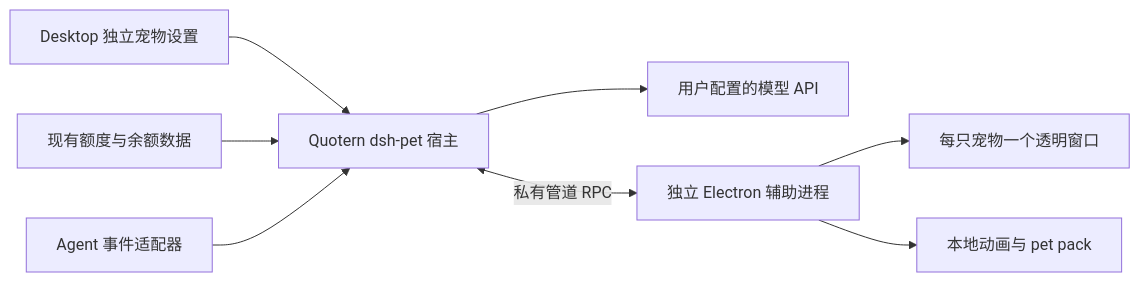
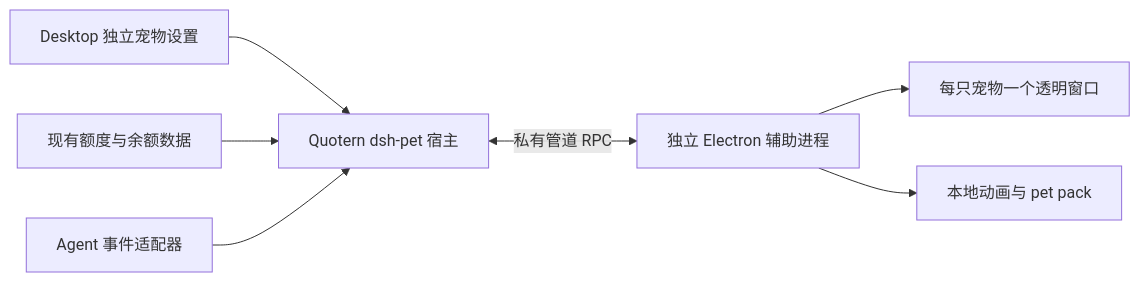
Before and after one commit to yuhengqin/Quotern: the diagram in docs/superpowers/specs/2026-10-19-dsh-pet-desktop-design.md, drawn with Mermaid. The commit also changed other lines of this file and 41 other files, not shown here.

````diff
--- a/docs/superpowers/specs/2026-10-19-dsh-pet-desktop-design.md
+++ b/docs/superpowers/specs/2026-10-19-dsh-pet-desktop-design.md
@@ -28,10 +30,9 @@
 ```mermaid
 flowchart LR
   Settings[Desktop 独立宠物设置] --> Host[Quotern dsh-pet 宿主]
   Quota[现有额度与余额数据] --> Host
   Activity[Agent 事件适配器] --> Host
-  Host --> Model[用户配置的模型 API]
   Host <-->|私有管道 RPC| Helper[独立 Electron 辅助进程]
   Helper --> Windows[每只宠物一个透明窗口]
   Helper --> Assets[本地动画与 pet pack]
 ```
````
